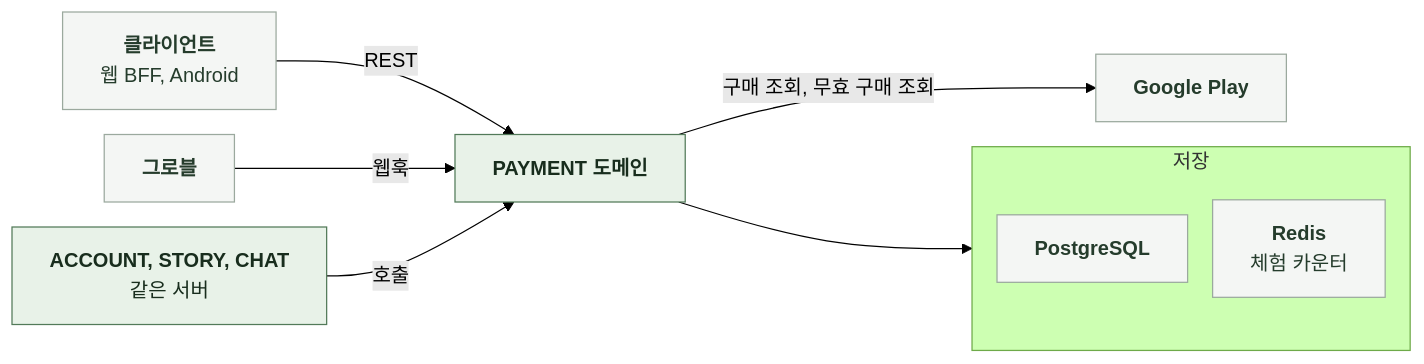
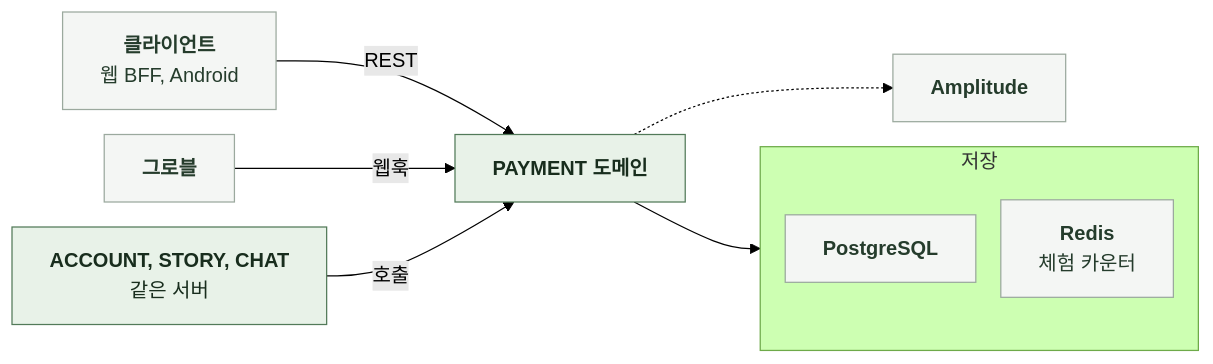
The diagram in docs/domain/PAYMENT/BACKEND/3-1-SOFTWARE-ARCHITECTURE.md (KIM-N-KANG/knk-harness), drawn with Mermaid (forest theme) before and after one commit. The commit also changed other lines of this file and 14 other files, not shown here.

````diff
--- a/docs/domain/PAYMENT/BACKEND/3-1-SOFTWARE-ARCHITECTURE.md
+++ b/docs/domain/PAYMENT/BACKEND/3-1-SOFTWARE-ARCHITECTURE.md
@@ -21,21 +21,21 @@
 ```mermaid
 %%{init: {"flowchart": {"curve": "basis", "nodeSpacing": 20, "rankSpacing": 60}}}%%
 flowchart LR
     C["`**클라이언트**
 웹 BFF, Android`"] -->|REST| S["`**PAYMENT 도메인**`"]
     GR["`**그로블**`"] -->|웹훅| S
-    S -->|구매 조회, 무효 구매 조회| GP["`**Google Play**`"]
     S --> ST
     subgraph ST["저장"]
         direction TB
         DB["`**PostgreSQL**`"]
         R["`**Redis**
 체험 카운터`"]
     end
     O["`**ACCOUNT, STORY, CHAT**
 같은 서버`"] -->|호출| S
+    S -.-> AM["`**Amplitude**`"]
     classDef ext fill:#F4F6F4,stroke:#9BA99E,color:#253C2C
     classDef comp fill:#E8F2E8,stroke:#527A59,color:#182D1D
-    class C,GR,GP,DB,R ext
+    class C,GR,DB,R,AM ext
     class S,O comp
 ```
````
